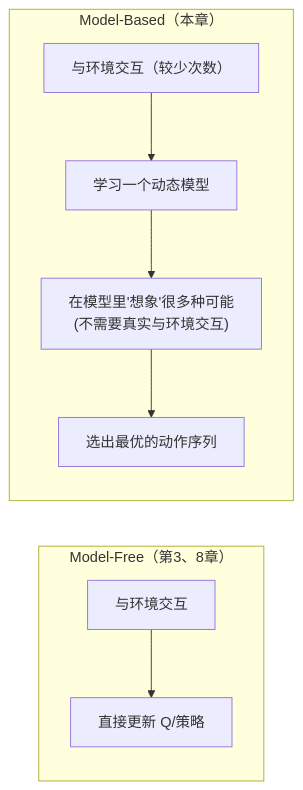
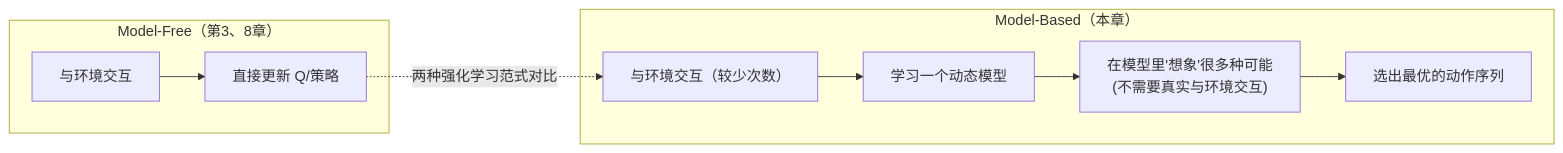
One commit to AI-learning-simple/Build-Your-Own-LLM changed the first of 2 diagrams in 4. 具身智能/9. World Model——让机器人具备预测未来的能力.md. Above: the diagram before and after it, drawn with Mermaid. The commit also changed 2 other files, not shown here.

Commit message:
small fix

````diff
--- a/4. 具身智能/9. World Model——让机器人具备预测未来的能力.md
+++ b/4. 具身智能/9. World Model——让机器人具备预测未来的能力.md
@@ -19,11 +19,12 @@
 ```mermaid
 flowchart LR
     subgraph ModelFree["Model-Free（第3、8章）"]
     A1["与环境交互"] --> B1["直接更新 Q/策略"]
     end
     subgraph ModelBased["Model-Based（本章）"]
     A2["与环境交互（较少次数）"] --> B2["学习一个动态模型"]
     B2 --> C2["在模型里'想象'很多种可能<br/>(不需要真实与环境交互)"]
     C2 --> D2["选出最优的动作序列"]
     end
+    B1 -.两种强化学习范式对比.-> A2
 ```
````
